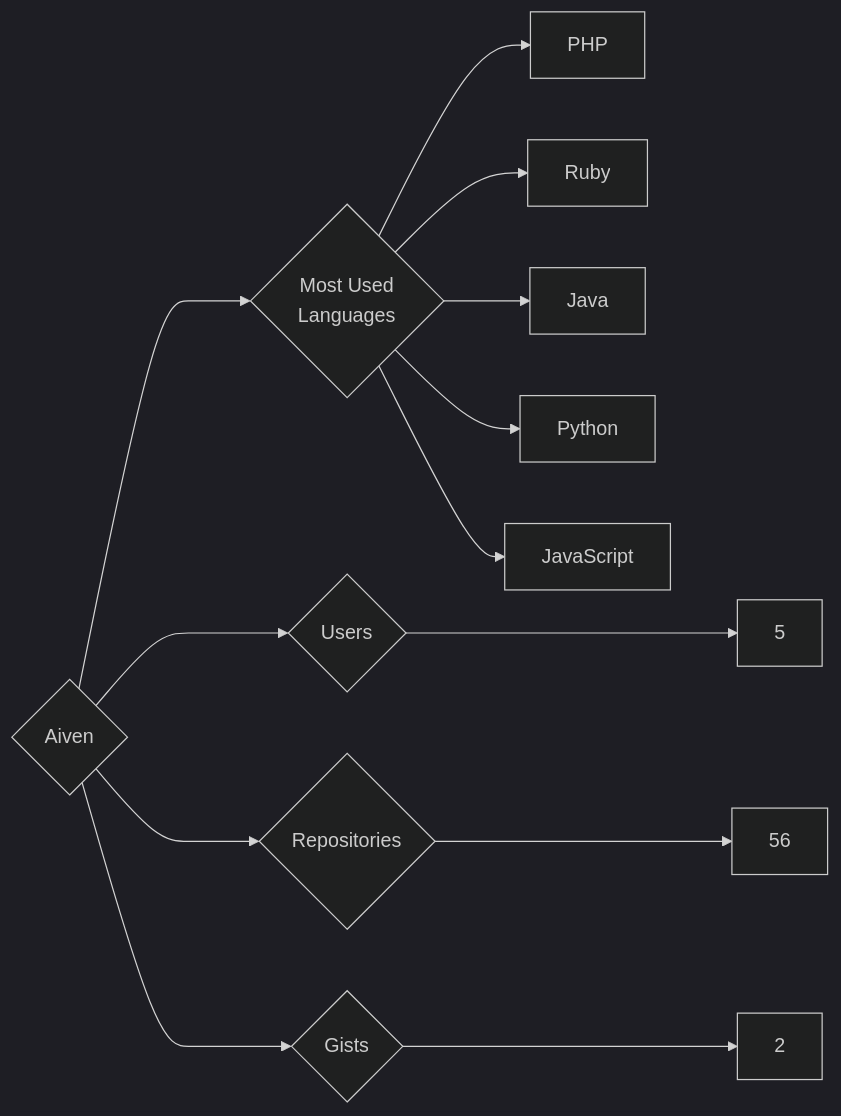
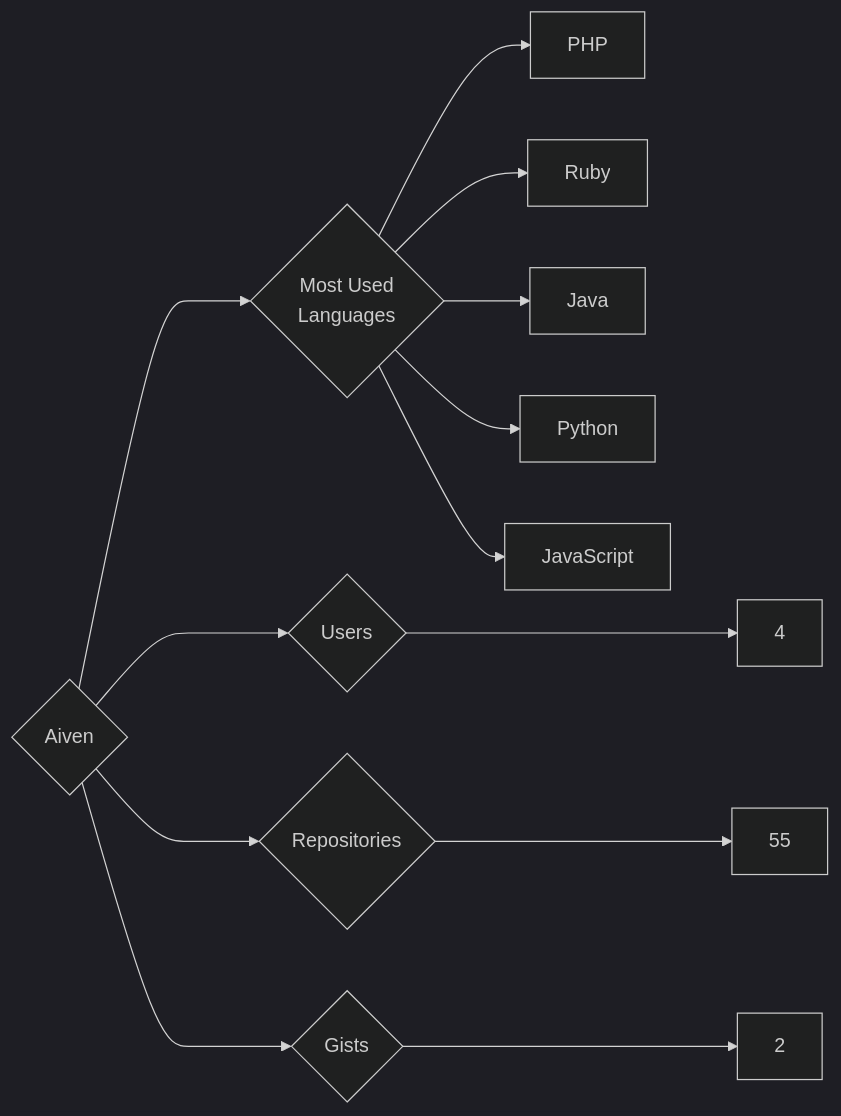
One commit to trickest/insiders changed the diagram in targets/Aiven/README.md. Above: the diagram before and after it, drawn with Mermaid (dark theme). The commit also changed 1055 other files, not shown here.

````diff
--- a/targets/Aiven/README.md
+++ b/targets/Aiven/README.md
@@ -3,13 +3,13 @@
 ```mermaid
 graph LR
 COMPANY_NAME{Aiven}
-COMPANY_NAME ---> U{Users} ---> UN[5]
-COMPANY_NAME ---> R{Repositories} ---> RN[56]
+COMPANY_NAME ---> U{Users} ---> UN[4]
+COMPANY_NAME ---> R{Repositories} ---> RN[55]
 COMPANY_NAME ---> G{Gists} ---> GN[2]
 COMPANY_NAME ---> ML{Most Used<br>Languages}
 ML --> PHP[PHP]
 ML --> Ruby[Ruby]
 ML --> Java[Java]
 ML --> Python[Python]
 ML --> JavaScript[JavaScript]
 ```
````
